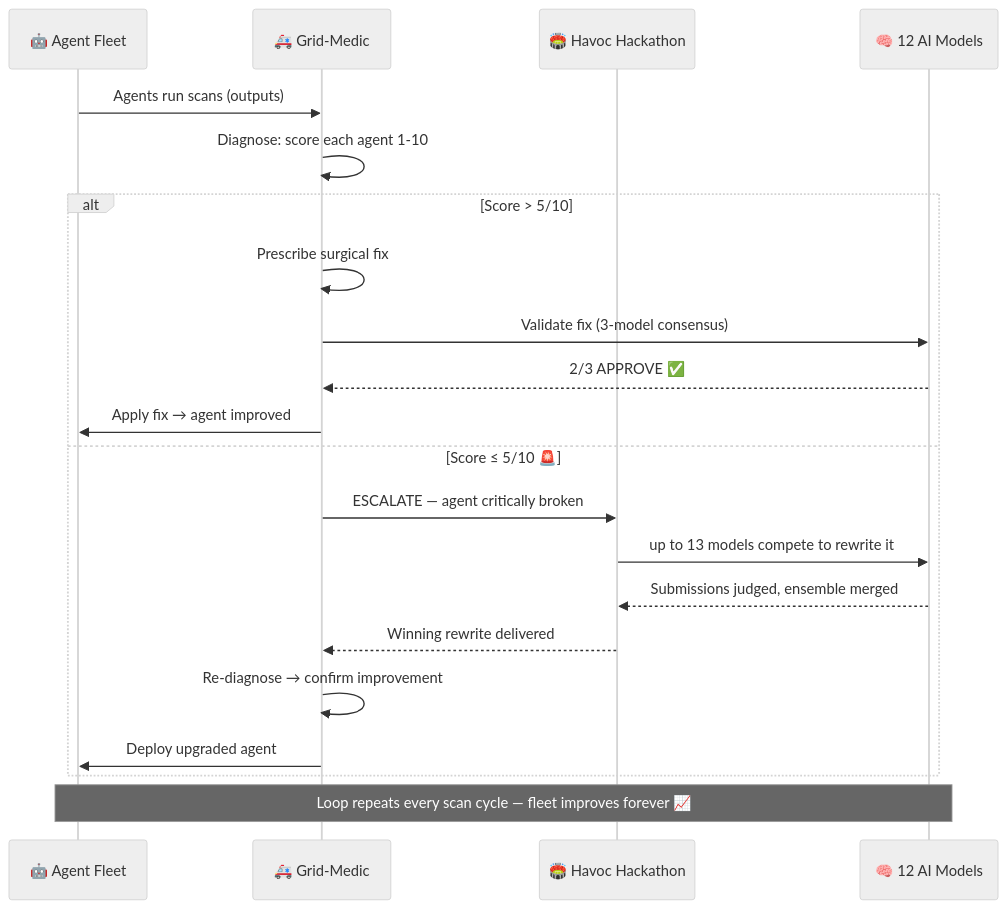
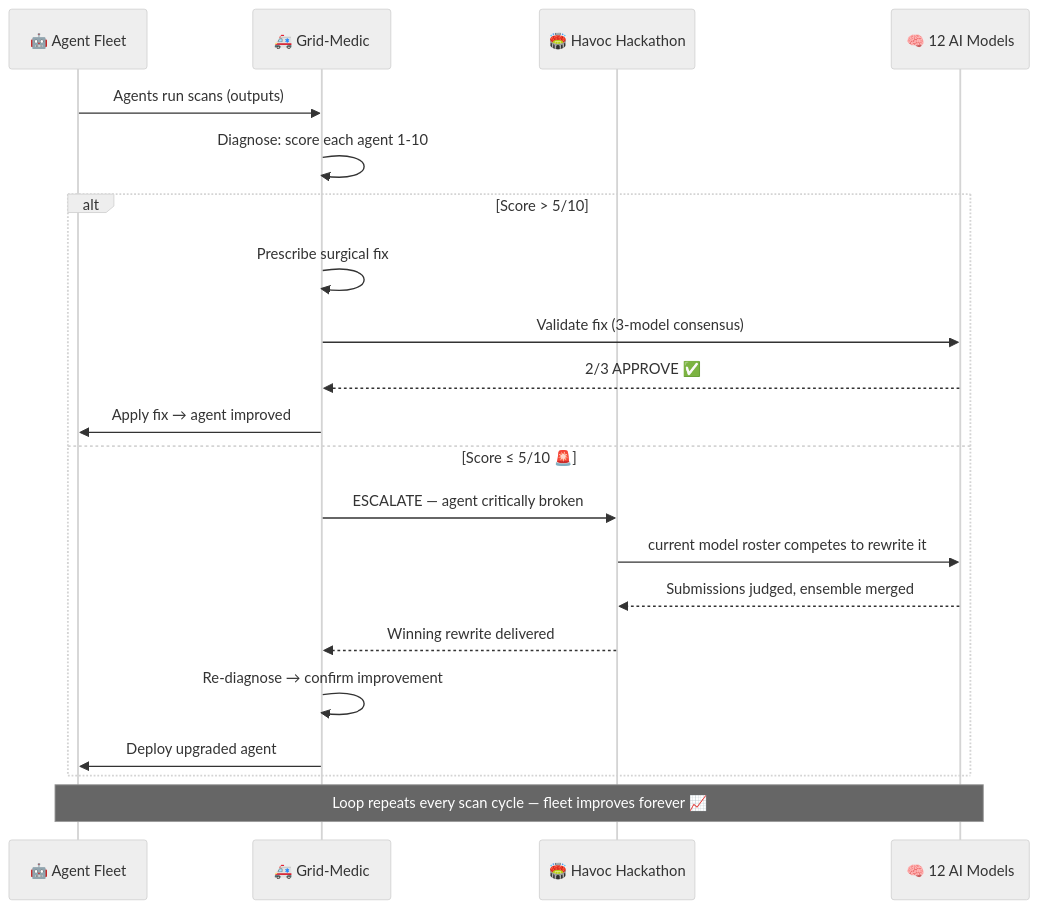
The fourth of 5 diagrams in docs/GRID-MEDIC-ARCHITECTURE.md (DUBSOpenHub/havoc-hackathon), drawn with Mermaid (neutral theme) before and after one commit. The commit also changed other lines of this file and 9 other files, not shown here.

First line of the commit message:
Refresh GitHub Copilot model roster monthly

````diff
--- a/docs/GRID-MEDIC-ARCHITECTURE.md
+++ b/docs/GRID-MEDIC-ARCHITECTURE.md
@@ -122,26 +122,26 @@
 ```mermaid
 sequenceDiagram
     participant Fleet as 🤖 Agent Fleet
     participant Medic as 🚑 Grid-Medic
     participant Arena as 🏟️ Havoc Hackathon
     participant Models as 🧠 12 AI Models
 
     Fleet->>Medic: Agents run scans (outputs)
     Medic->>Medic: Diagnose: score each agent 1-10
 
     alt Score > 5/10
         Medic->>Medic: Prescribe surgical fix
         Medic->>Models: Validate fix (3-model consensus)
         Models-->>Medic: 2/3 APPROVE ✅
         Medic->>Fleet: Apply fix → agent improved
     else Score ≤ 5/10 🚨
         Medic->>Arena: ESCALATE — agent critically broken
-        Arena->>Models: up to 13 models compete to rewrite it
+        Arena->>Models: current model roster competes to rewrite it
         Models-->>Arena: Submissions judged, ensemble merged
         Arena-->>Medic: Winning rewrite delivered
         Medic->>Medic: Re-diagnose → confirm improvement
         Medic->>Fleet: Deploy upgraded agent
     end
 
     Note over Fleet,Models: Loop repeats every scan cycle — fleet improves forever 📈
 ```
````
